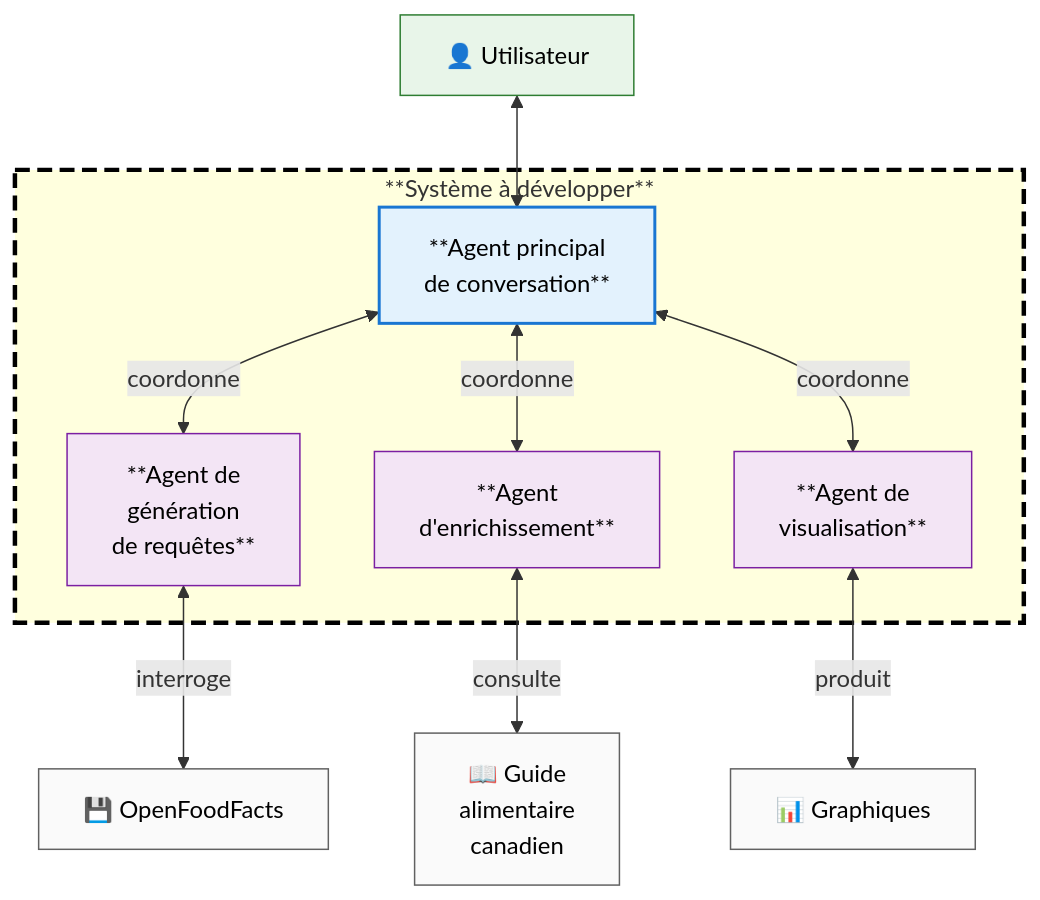
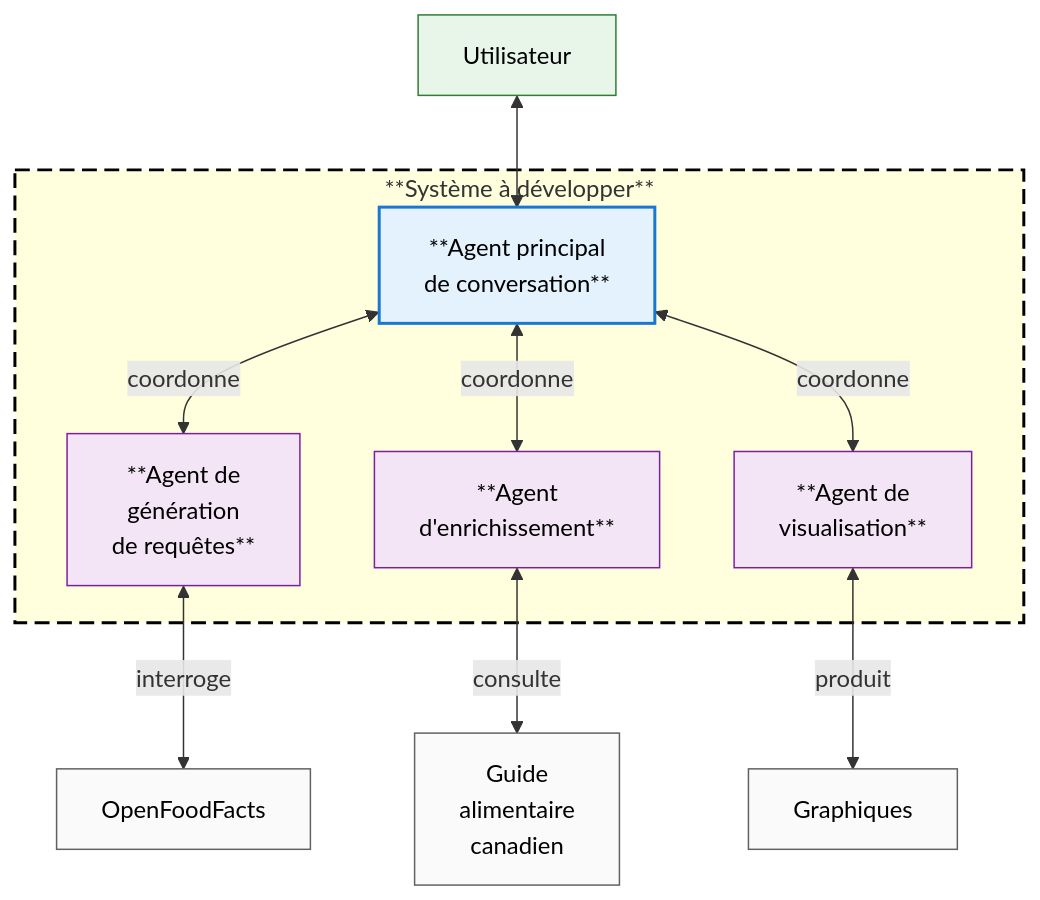
Before and after one commit to boisalai/ift-6005: the second of 2 diagrams in docs/markdown/plan.md, drawn with Mermaid.

````diff
--- a/docs/markdown/plan.md
+++ b/docs/markdown/plan.md
@@ -93,32 +93,32 @@
 ```mermaid
 graph TD
     %% Définition de classes avec texte en noir
     classDef main fill:#e3f2fd,stroke:#1976d2,color:#000000,stroke-width:2px
     classDef agent fill:#f3e5f5,stroke:#7b1fa2,color:#000000
     classDef resource fill:#fafafa,stroke:#616161,color:#000000
     classDef user fill:#e8f5e9,stroke:#2e7d32,color:#000000
-    classDef system_border stroke:#000000,stroke-width:3px,stroke-dasharray:10 5
+    classDef system_border stroke:#000000,stroke-width:2px,stroke-dasharray:10 5
 
-    U["👤 Utilisateur"] <--> MA
+    U["Utilisateur"] <--> MA
 
-    subgraph S[**Système à développer**<br>&nbsp;]
+    subgraph S[**Système à développer**<br>&nbsp;<br>&nbsp;]
         MA["**Agent principal<br>de conversation**"]
         A1["**Agent de<br>génération<br>de requêtes**"]
         A2["**Agent<br>d'enrichissement**"]
         A3["**Agent de<br>visualisation**"]
         
         MA <-->|coordonne| A1
         MA <-->|coordonne| A2
         MA <-->|coordonne| A3
     end
     
-    A1 <-->|interroge| DB["💾 OpenFoodFacts"]
-    A2 <-->|consulte| GAC["📖 Guide<br>alimentaire<br>canadien"]
-    A3 <-->|produit| V["📊 Graphiques"]
+    A1 <-->|interroge| DB["OpenFoodFacts"]
+    A2 <-->|consulte| GAC["Guide<br>alimentaire<br>canadien"]
+    A3 <-->|produit| V["Graphiques"]
     
     class MA main
     class A1,A2,A3 agent
     class DB,GAC,V resource
     class U user
     class S system_border
 ```
````
